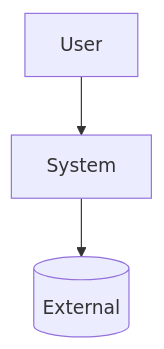
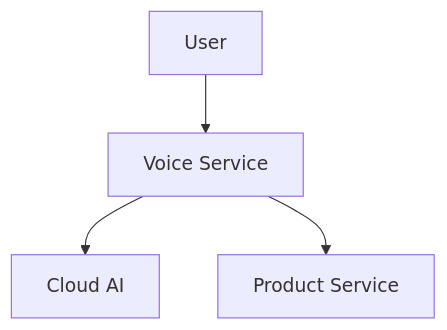
Before and after one commit to simpsonys/ysda-arch-harness: the first of 8 diagrams in templates/mermaid-cookbook.md, drawn with Mermaid. The commit also changed other lines of this file and 48 other files, not shown here.

````diff
--- a/templates/mermaid-cookbook.md
+++ b/templates/mermaid-cookbook.md
@@ -17,5 +25,6 @@
 ```mermaid
 flowchart TD
-  user[User] --> sys[System]
-  sys --> ext[(External)]
+  user[User] --> voice[Voice Service]
+  voice --> cloud[Cloud AI]
+  voice --> product[Product Service]
 ```
````
